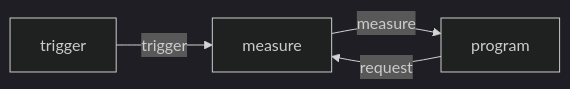
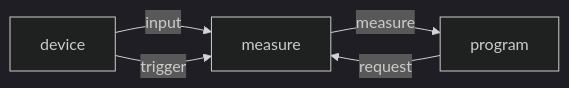
The fifth of 8 diagrams in graphics-computing/6plus/day_08.md (sininen-blue/2526-first-sem), drawn with Mermaid (dark theme) before and after one commit. The commit also changed other lines of this file, not shown here.

Commit message:
graph 8: done done

````diff
--- a/graphics-computing/6plus/day_08.md
+++ b/graphics-computing/6plus/day_08.md
@@ -206,9 +243,10 @@
 ```mermaid
 graph LR;
-a[trigger]
+x[device]
 b[measure]
 c[program]
 
-a --trigger--> b --measure--> c
+x --input--> b
+x --trigger--> b --measure--> c
 c --request--> b
 ```
````
